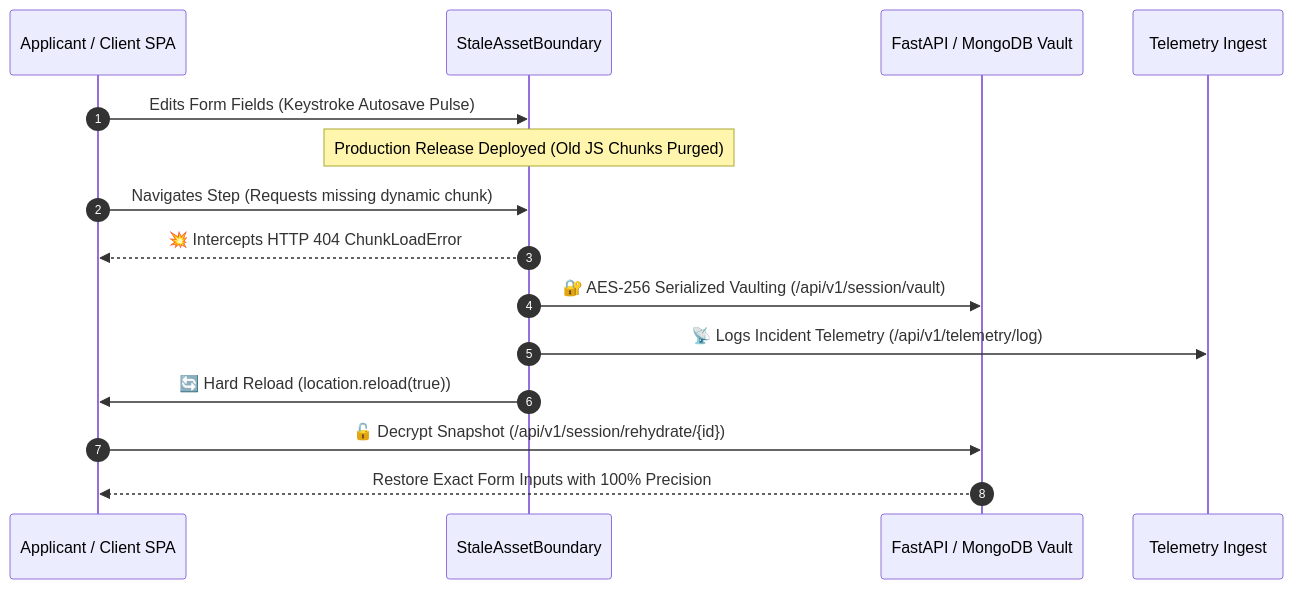
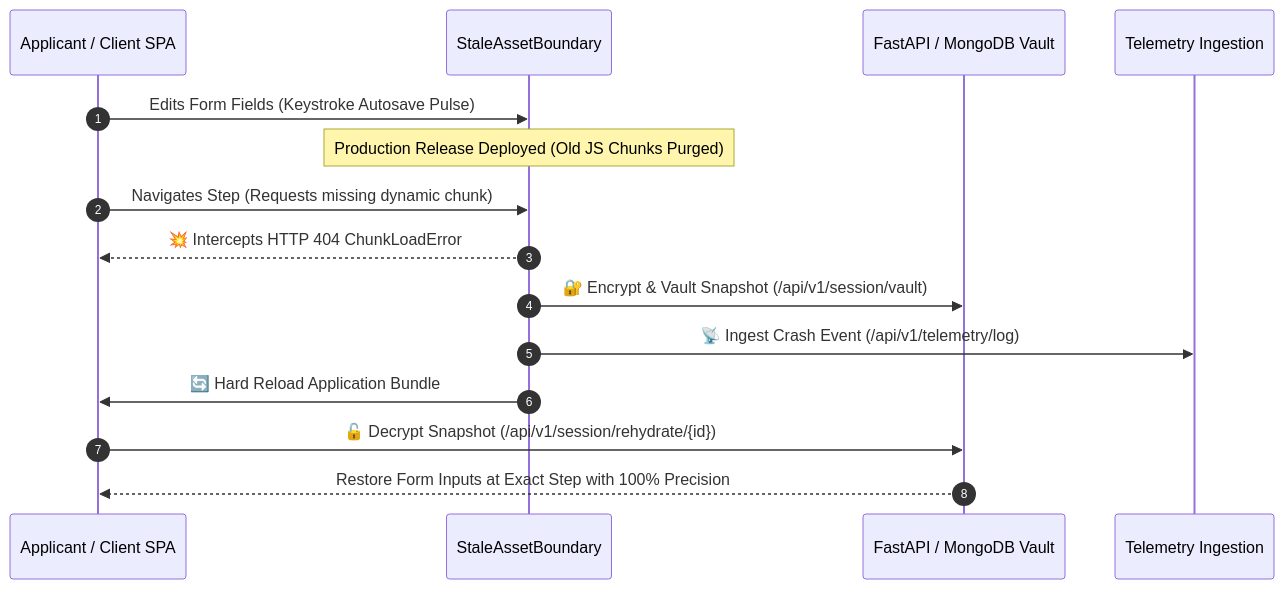
Before and after one commit to 12402040601079-hub/continuum-engine: the diagram in README.md, drawn with Mermaid. The commit also changed other lines of this file and 1 other file, not shown here.

````diff
--- a/README.md
+++ b/README.md
@@ -47,18 +57,18 @@
 ```mermaid
 sequenceDiagram
     autonumber
     participant User as Applicant / Client SPA
     participant Boundary as StaleAssetBoundary
     participant Vault as FastAPI / MongoDB Vault
-    participant Telemetry as Telemetry Ingest
+    participant Telemetry as Telemetry Ingestion
 
     User->>Boundary: Edits Form Fields (Keystroke Autosave Pulse)
     Note over Boundary: Production Release Deployed (Old JS Chunks Purged)
     User->>Boundary: Navigates Step (Requests missing dynamic chunk)
     Boundary-->>User: 💥 Intercepts HTTP 404 ChunkLoadError
-    Boundary->>Vault: 🔐 AES-256 Serialized Vaulting (/api/v1/session/vault)
-    Boundary->>Telemetry: 📡 Logs Incident Telemetry (/api/v1/telemetry/log)
-    Boundary->>User: 🔄 Hard Reload (location.reload(true))
+    Boundary->>Vault: 🔐 Encrypt & Vault Snapshot (/api/v1/session/vault)
+    Boundary->>Telemetry: 📡 Ingest Crash Event (/api/v1/telemetry/log)
+    Boundary->>User: 🔄 Hard Reload Application Bundle
     User->>Vault: 🔓 Decrypt Snapshot (/api/v1/session/rehydrate/{id})
-    Vault-->>User: Restore Exact Form Inputs with 100% Precision
+    Vault-->>User: Restore Form Inputs at Exact Step with 100% Precision
 ```
````
